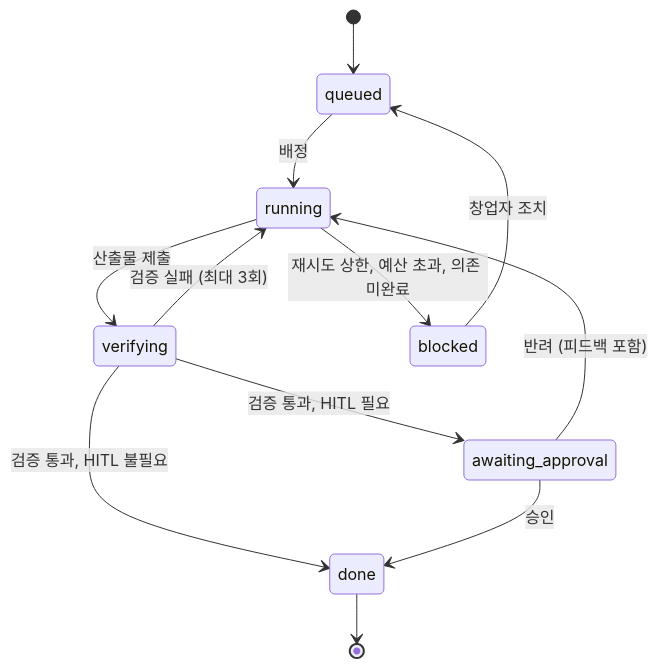
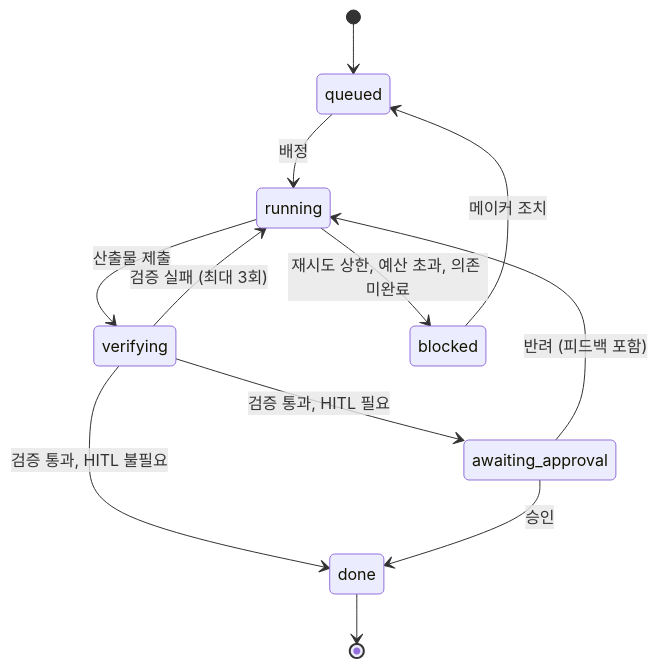
One commit to ysjee141/flywheel changed the seventh of 13 diagrams in plan-draft.md. Above: the diagram before and after it, drawn with Mermaid. The commit also changed other lines of this file and 1 other file, not shown here.

````diff
--- a/plan-draft.md
+++ b/plan-draft.md
@@ -447,14 +448,14 @@
 ```mermaid
 stateDiagram-v2
   [*] --> queued
   queued --> running: 배정
   running --> verifying: 산출물 제출
   verifying --> running: 검증 실패 (최대 3회)
   verifying --> awaiting_approval: 검증 통과, HITL 필요
   verifying --> done: 검증 통과, HITL 불필요
   awaiting_approval --> done: 승인
   awaiting_approval --> running: 반려 (피드백 포함)
   running --> blocked: 재시도 상한, 예산 초과, 의존 미완료
-  blocked --> queued: 창업자 조치
+  blocked --> queued: 메이커 조치
   done --> [*]
 ```
````
